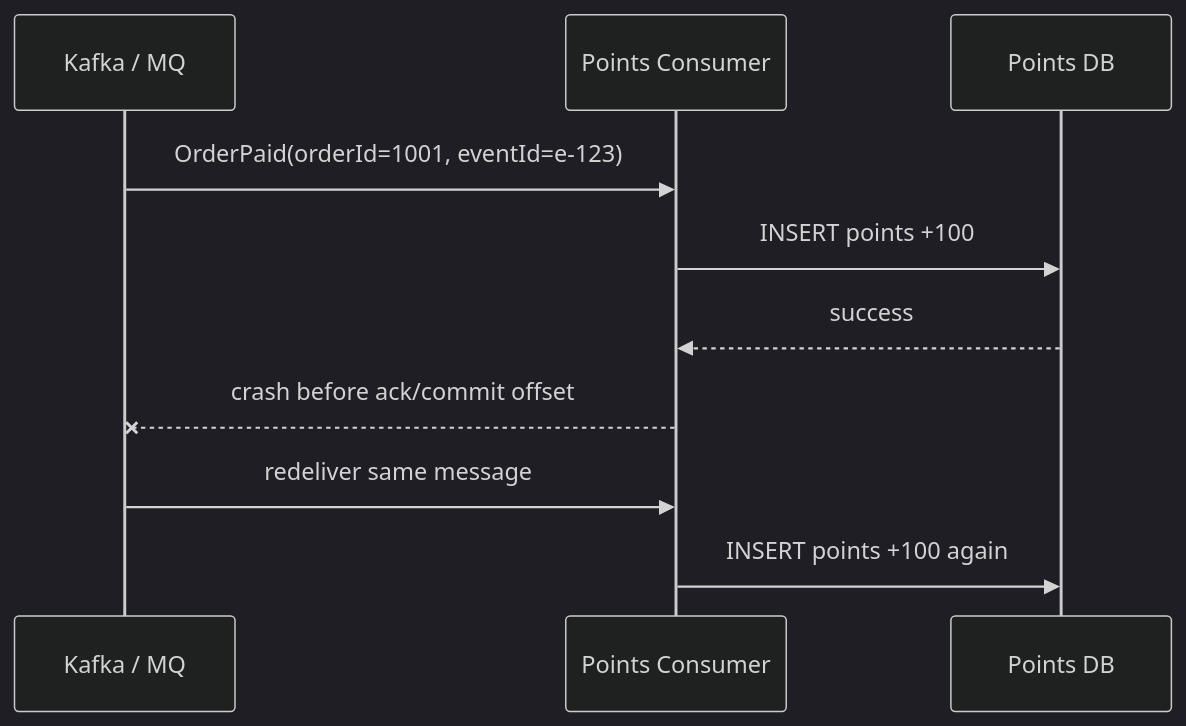
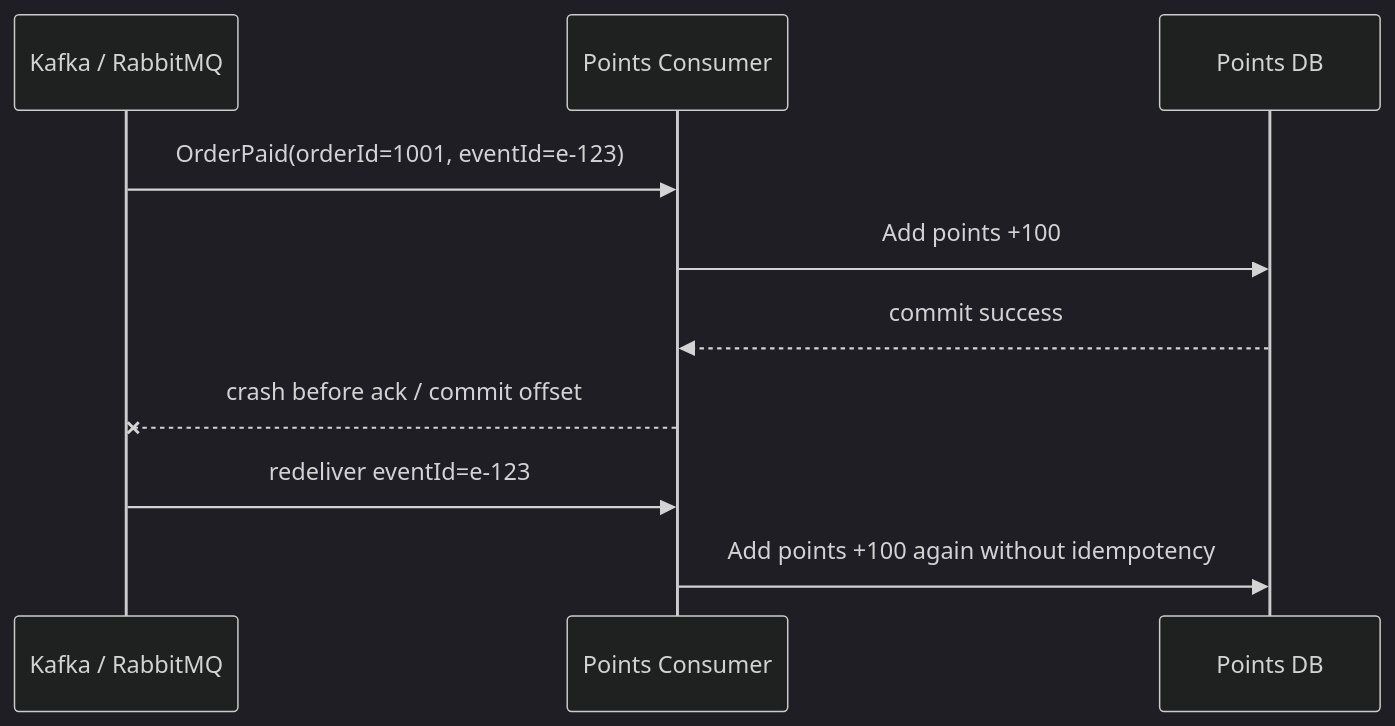
Before and after one commit to AmazingCaddy/readings-backend: the first of 3 diagrams in docs/messaging/idempotent-consumer.md, drawn with Mermaid (dark theme). The commit also changed other lines of this file, not shown here.

````diff
--- a/docs/messaging/idempotent-consumer.md
+++ b/docs/messaging/idempotent-consumer.md
@@ -15,13 +47,13 @@
 ```mermaid
 sequenceDiagram
-    participant Broker as Kafka / MQ
+    participant Broker as Kafka / RabbitMQ
     participant C as Points Consumer
     participant DB as Points DB
 
     Broker->>C: OrderPaid(orderId=1001, eventId=e-123)
-    C->>DB: INSERT points +100
-    DB-->>C: success
-    C--xBroker: crash before ack/commit offset
-    Broker->>C: redeliver same message
-    C->>DB: INSERT points +100 again
+    C->>DB: Add points +100
+    DB-->>C: commit success
+    C--xBroker: crash before ack / commit offset
+    Broker->>C: redeliver eventId=e-123
+    C->>DB: Add points +100 again without idempotency
 ```
````
